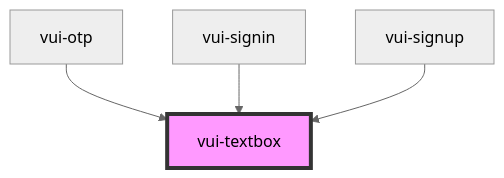
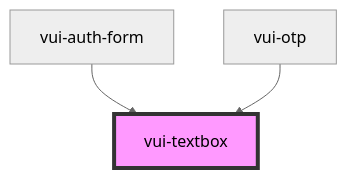
The diagram in packages/stencil-library/src/components/textbox/readme.md (verite-team/verite-elements), drawn with Mermaid (neutral theme) before and after one commit. The commit also changed other lines of this file and 29 other files, not shown here.

````diff
--- a/packages/stencil-library/src/components/textbox/readme.md
+++ b/packages/stencil-library/src/components/textbox/readme.md
@@ -47,7 +46,6 @@
 ```mermaid
 graph TD;
+  vui-auth-form --> vui-textbox
   vui-otp --> vui-textbox
-  vui-signin --> vui-textbox
-  vui-signup --> vui-textbox
   style vui-textbox fill:#f9f,stroke:#333,stroke-width:4px
 ```
````
